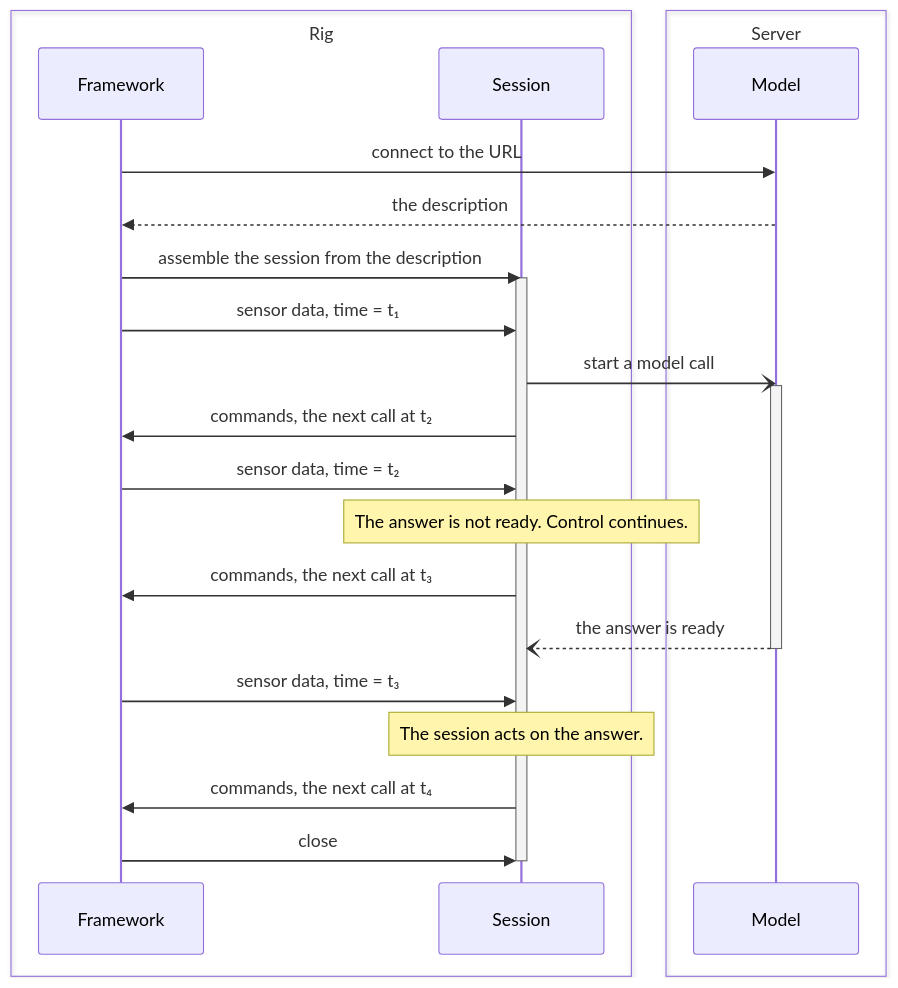
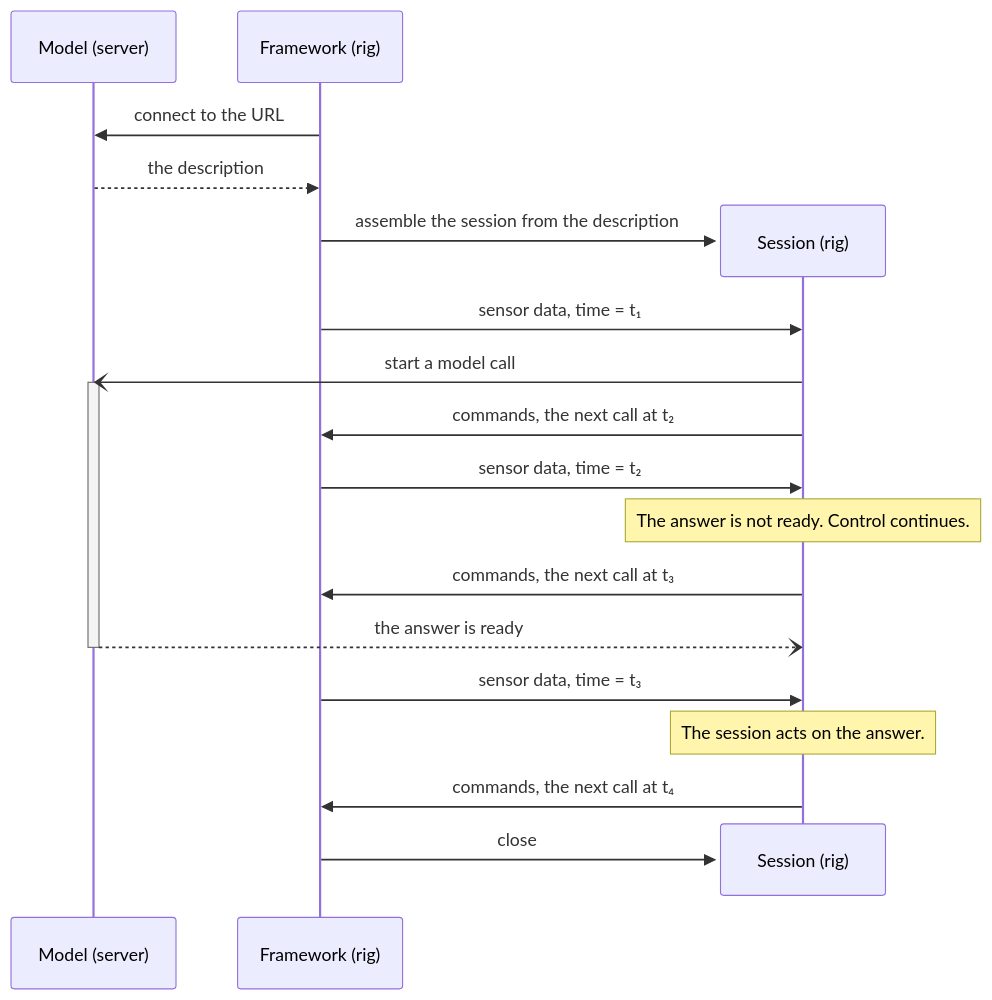
One commit to Positronic-Robotics/positronic changed the first of 2 diagrams in positronic/policy/DESIGN.md. Above: the diagram before and after it, drawn with Mermaid.

Commit message:
Create and destroy the session on its lifeline

````diff
--- a/positronic/policy/DESIGN.md
+++ b/positronic/policy/DESIGN.md
@@ -137,28 +137,23 @@
 ```mermaid
 sequenceDiagram
-    box Rig
-        participant F as Framework
-        participant S as Session
-    end
-    box Server
-        participant M as Model
-    end
+    participant M as Model (server)
+    participant F as Framework (rig)
     F->>M: connect to the URL
     M-->>F: the description
+    create participant S as Session (rig)
     F->>S: assemble the session from the description
-    activate S
     F->>S: sensor data, time = t₁
     S-)M: start a model call
     activate M
     S->>F: commands, the next call at t₂
     F->>S: sensor data, time = t₂
     Note over S: The answer is not ready. Control continues.
     S->>F: commands, the next call at t₃
     M--)S: the answer is ready
     deactivate M
     F->>S: sensor data, time = t₃
     Note over S: The session acts on the answer.
     S->>F: commands, the next call at t₄
+    destroy S
     F->>S: close
-    deactivate S
 ```
````
